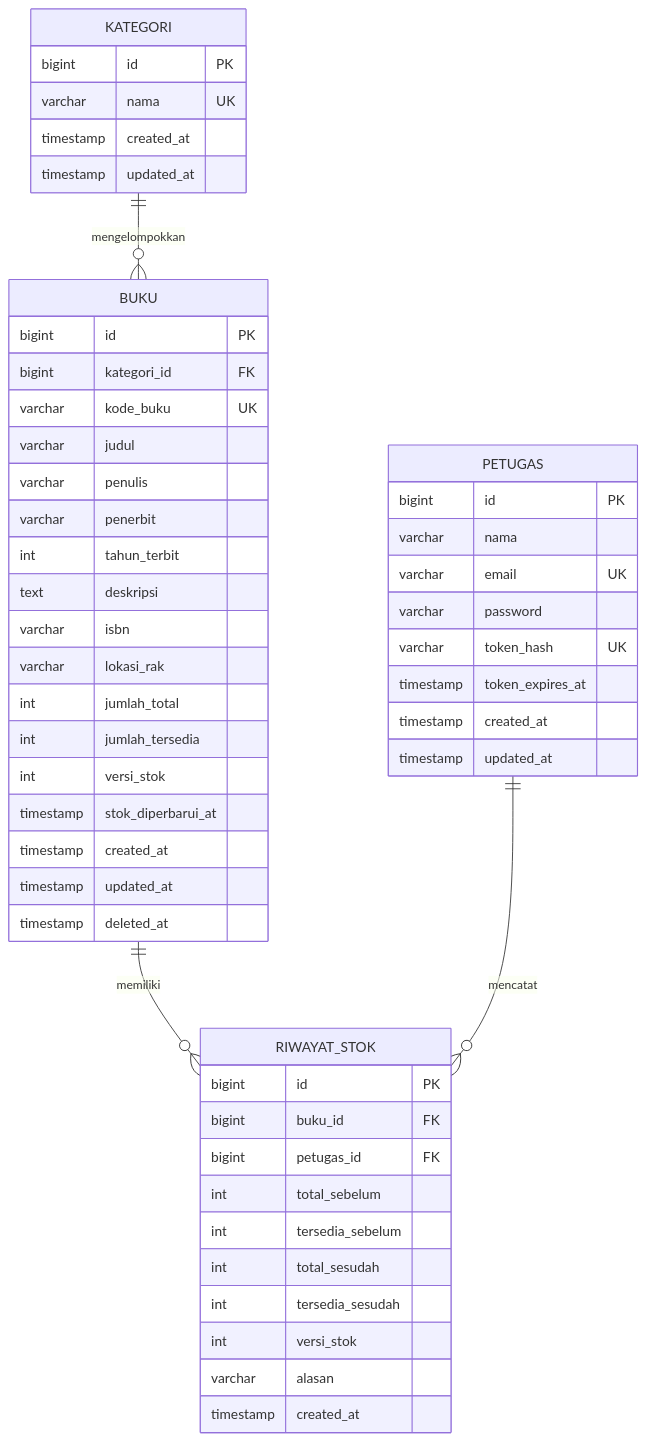
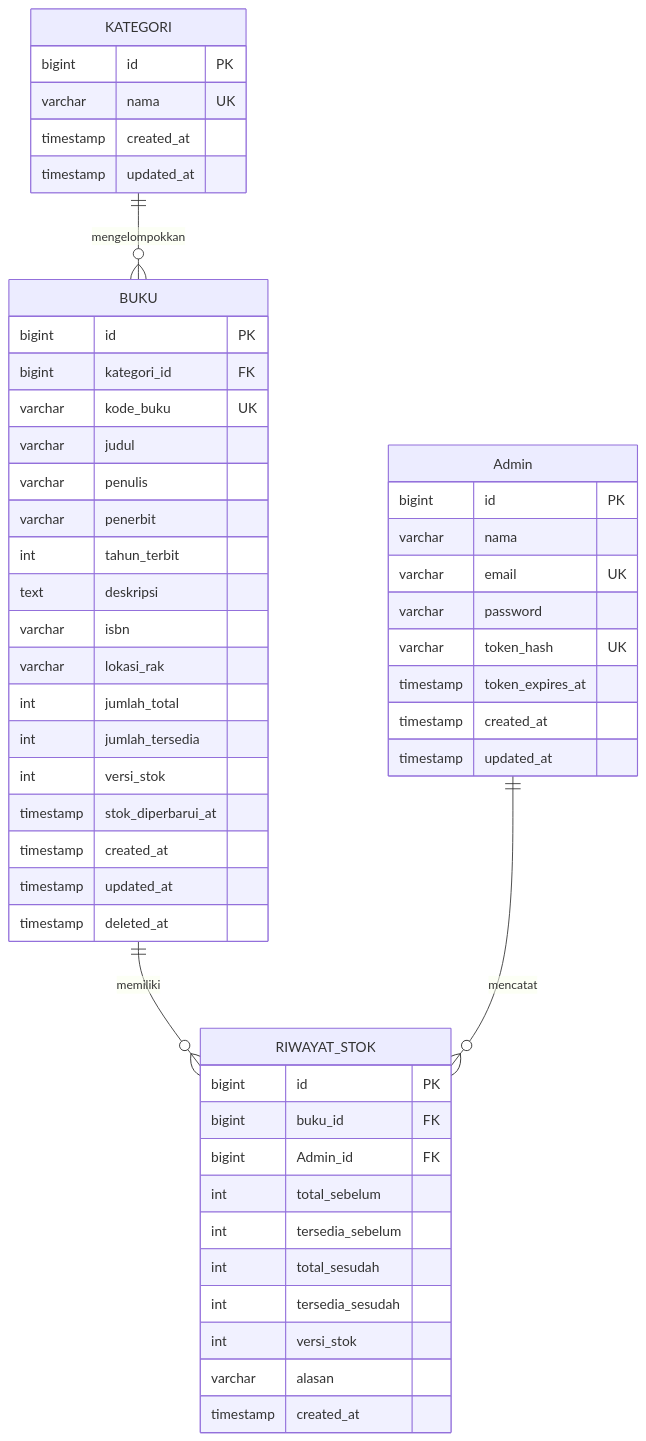
The second of 3 diagrams in docs/bahan-laporan.md (bilaalmuhammad1030/uts-web-service-perpustakaan-kelompok-2), drawn with Mermaid before and after one commit. The commit also changed other lines of this file and 68 other files, not shown here.

````diff
--- a/docs/bahan-laporan.md
+++ b/docs/bahan-laporan.md
@@ -45,53 +45,53 @@
 ```mermaid
 erDiagram
     KATEGORI ||--o{ BUKU : mengelompokkan
     BUKU ||--o{ RIWAYAT_STOK : memiliki
-    PETUGAS ||--o{ RIWAYAT_STOK : mencatat
+    Admin ||--o{ RIWAYAT_STOK : mencatat
     KATEGORI {
         bigint id PK
         varchar nama UK
         timestamp created_at
         timestamp updated_at
     }
     BUKU {
         bigint id PK
         bigint kategori_id FK
         varchar kode_buku UK
         varchar judul
         varchar penulis
         varchar penerbit
         int tahun_terbit
         text deskripsi
         varchar isbn
         varchar lokasi_rak
         int jumlah_total
         int jumlah_tersedia
         int versi_stok
         timestamp stok_diperbarui_at
         timestamp created_at
         timestamp updated_at
         timestamp deleted_at
     }
-    PETUGAS {
+    Admin {
         bigint id PK
         varchar nama
         varchar email UK
         varchar password
         varchar token_hash UK
         timestamp token_expires_at
         timestamp created_at
         timestamp updated_at
     }
     RIWAYAT_STOK {
         bigint id PK
         bigint buku_id FK
-        bigint petugas_id FK
+        bigint Admin_id FK
         int total_sebelum
         int tersedia_sebelum
         int total_sesudah
         int tersedia_sesudah
         int versi_stok
         varchar alasan
         timestamp created_at
     }
 ```
````
